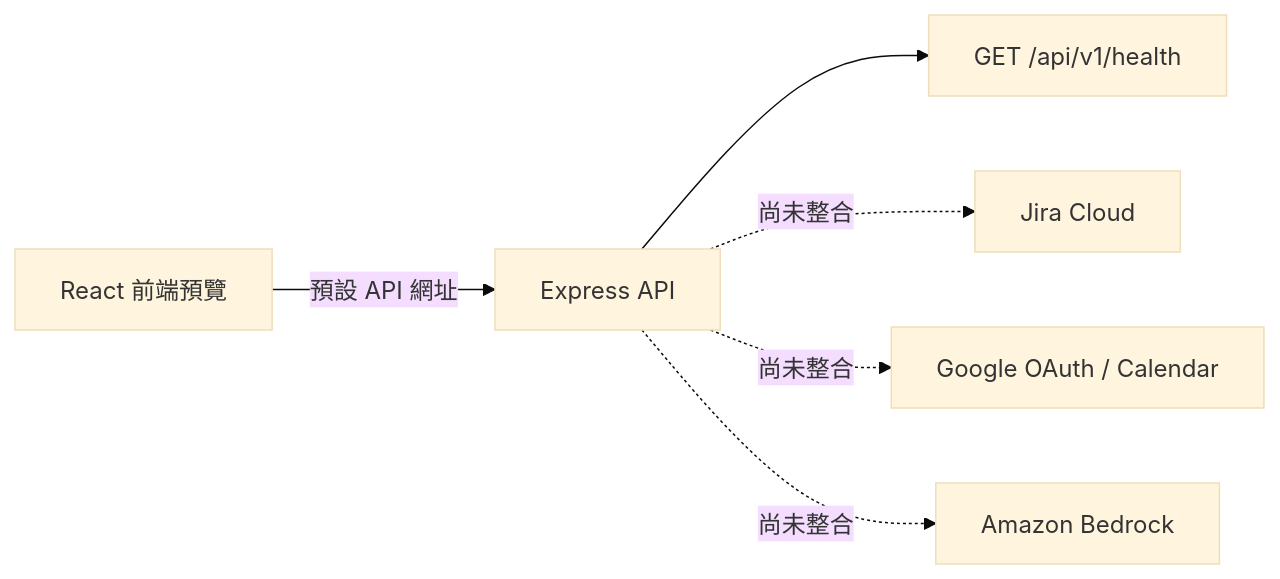
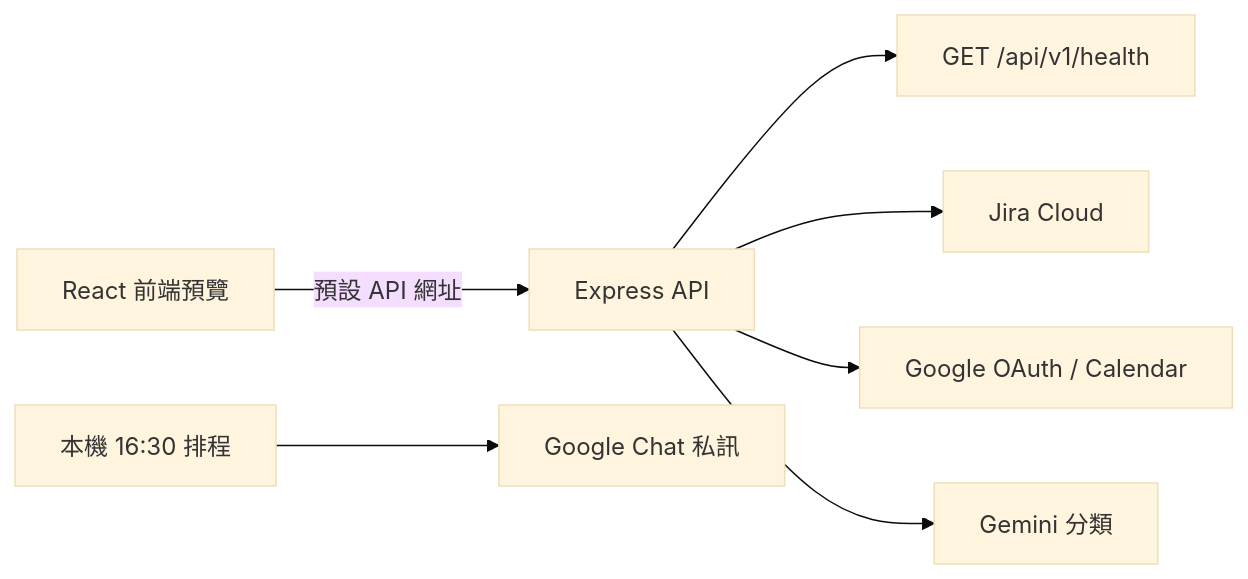
The first of 2 diagrams in README.md (yyyxi18/NL-agent), drawn with Mermaid (base theme) before and after one commit. The commit also changed other lines of this file and 21 other files, not shown here.

Commit message:
具備 Google 帳號登入、Google Calendar 行程讀取與分類、Jira 連線和工時草稿流程

````diff
--- a/README.md
+++ b/README.md
@@ -29,8 +29,9 @@
 ```mermaid
 flowchart LR
   Browser[React 前端預覽] -->|預設 API 網址| API[Express API]
   API --> Health[GET /api/v1/health]
-  API -. 尚未整合 .-> Jira[Jira Cloud]
-  API -. 尚未整合 .-> Google[Google OAuth / Calendar]
-  API -. 尚未整合 .-> Bedrock[Amazon Bedrock]
+  API --> Jira[Jira Cloud]
+  API --> Google[Google OAuth / Calendar]
+  API --> Gemini[Gemini 分類]
+  LocalScheduler[本機 16:30 排程] --> Chat[Google Chat 私訊]
 ```
````
